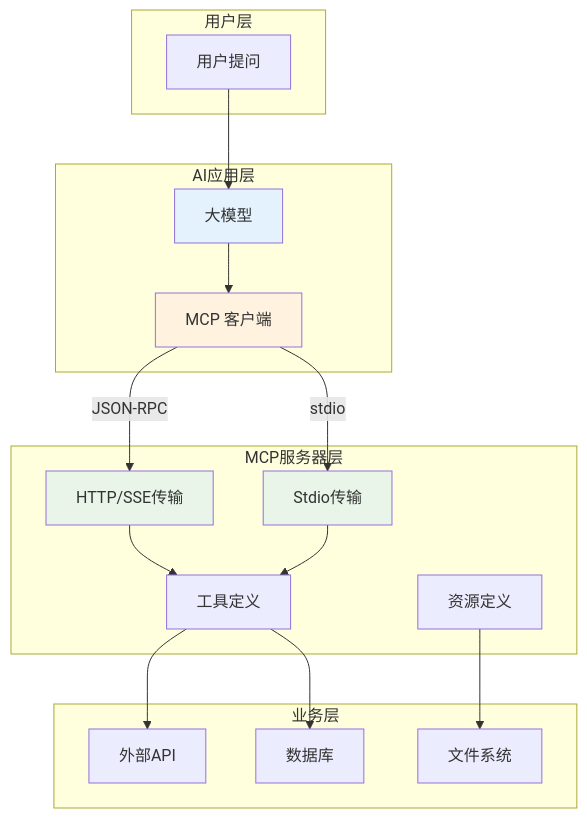
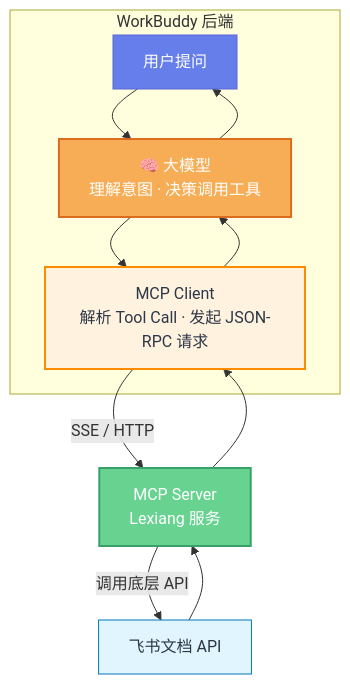
Before and after one commit to tanteng/blog: the fifth of 5 diagrams in content/posts/mcp-complete-guide.md, drawn with Mermaid. The commit also changed other lines of this file, not shown here.

Commit message:
mcp-complete-guide: 补充MCP Client位置说明与WorkBuddy案例

```diff
--- a/content/posts/mcp-complete-guide.md
+++ b/content/posts/mcp-complete-guide.md
@@ -305,39 +313,20 @@
 {{< mermaid >}}
 flowchart TB
-    subgraph 用户层
-        U[用户提问]
+    subgraph WorkBuddy 后端
+        U[用户提问] --> LLM[🧠 大模型<br/>理解意图 · 决策调用工具]
+        LLM --> MC[MCP Client<br/>解析 Tool Call · 发起 JSON-RPC 请求]
     end
     
-    subgraph AI应用层
-        LLM[大模型]
-        MC[MCP 客户端]
-    end
-    
-    subgraph MCP服务器层
-        HTTP[HTTP/SSE传输]
-        STDIO[Stdio传输]
-        Tools[工具定义]
-        Resources[资源定义]
-    end
-    
-    subgraph 业务层
-        API[外部API]
-        DB[数据库]
-        FS[文件系统]
-    end
-    
-    U --> LLM
-    LLM --> MC
-    MC -->|JSON-RPC| HTTP
-    MC -->|stdio| STDIO
-    HTTP --> Tools
-    STDIO --> Tools
-    Tools --> API
-    Tools --> DB
-    Resources --> FS
-    
-    style LLM fill:#e3f2fd
-    style MC fill:#fff3e0
-    style HTTP fill:#e8f5e8
-    style STDIO fill:#e8f5e8
+    MC -->|SSE / HTTP| MS[MCP Server<br/>Lexiang 服务]
+    MS -->|调用底层 API| LexiangAPI[飞书文档 API]
+    LexiangAPI --> MS
+    MS --> MC
+    MC --> LLM
+    LLM --> U
+
+    style LLM fill:#f6ad55,stroke:#dd6b20,color:#fff,stroke-width:2px
+    style MC fill:#fff3e0,stroke:#fb8c00,color:#2d3748,stroke-width:2px
+    style MS fill:#68d391,stroke:#38a169,color:#fff,stroke-width:2px
+    style U fill:#667eea,stroke:#5a67d8,color:#fff
+    style LexiangAPI fill:#e1f5fe,stroke:#0277bd,color:#2d3748
 {{< /mermaid >}}
```
